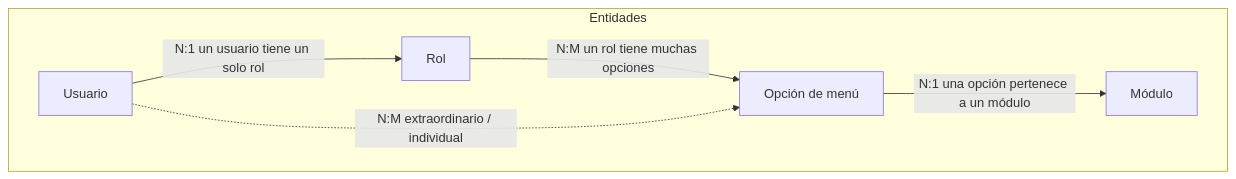
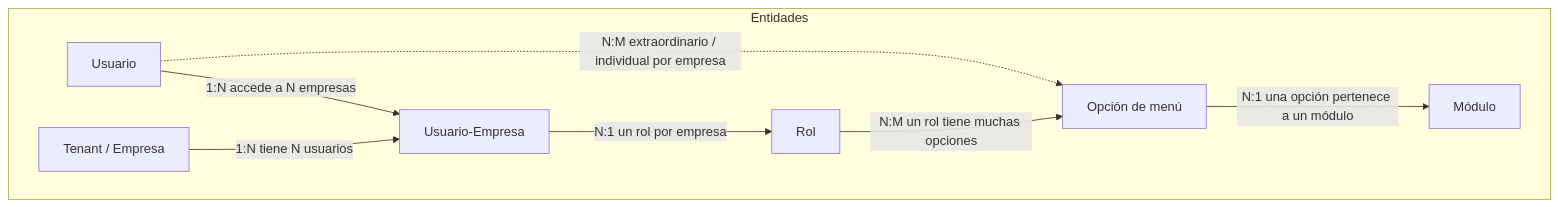
One commit to jramirezch1978/sigre_web changed the ninth of 13 diagrams in restaurante.pe/ROADMAP_RESTAURANT_PE.md. Above: the diagram before and after it, drawn with Mermaid. The commit also changed other lines of this file, not shown here.

Commit message:
feat: Aplicar estrategia Database-per-Tenant al roadmap - auth centralizado, TenantRoutingDataSource, numeracion atomica

````diff
--- a/restaurante.pe/ROADMAP_RESTAURANT_PE.md
+++ b/restaurante.pe/ROADMAP_RESTAURANT_PE.md
@@ -567,13 +570,17 @@
 ```mermaid
 flowchart TB
     subgraph Entidades
         USR[Usuario]
+        UE[Usuario-Empresa]
         ROL[Rol]
         MENU[Opción de menú]
         MOD[Módulo]
+        TENANT[Tenant / Empresa]
     end
-    USR -->|N:1 un usuario tiene un solo rol| ROL
+    USR -->|1:N accede a N empresas| UE
+    TENANT -->|1:N tiene N usuarios| UE
+    UE -->|N:1 un rol por empresa| ROL
     ROL -->|N:M un rol tiene muchas opciones| MENU
     MENU -->|N:1 una opción pertenece a un módulo| MOD
-    USR -.->|N:M extraordinario / individual| MENU
+    USR -.->|N:M extraordinario / individual por empresa| MENU
 ```
````
